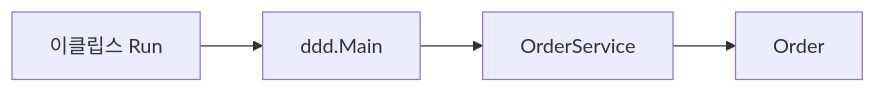
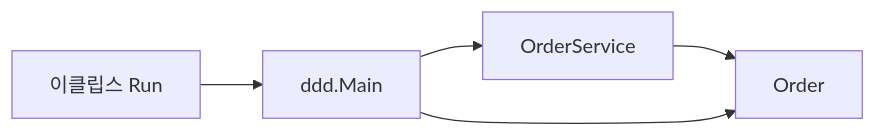
One commit to busan-bank-2026/ddd-example changed the diagram in .projectcode/wiki/scenarios.md. Above: the diagram before and after it, drawn with Mermaid. The commit also changed other lines of this file and 4 other files, not shown here.

````diff
--- a/.projectcode/wiki/scenarios.md
+++ b/.projectcode/wiki/scenarios.md
@@ -5,6 +5,7 @@
 ```mermaid
 flowchart LR
   A[이클립스 Run] --> B[ddd.Main]
   B --> C[OrderService]
   C --> D[Order]
+  B --> D
 ```
````
